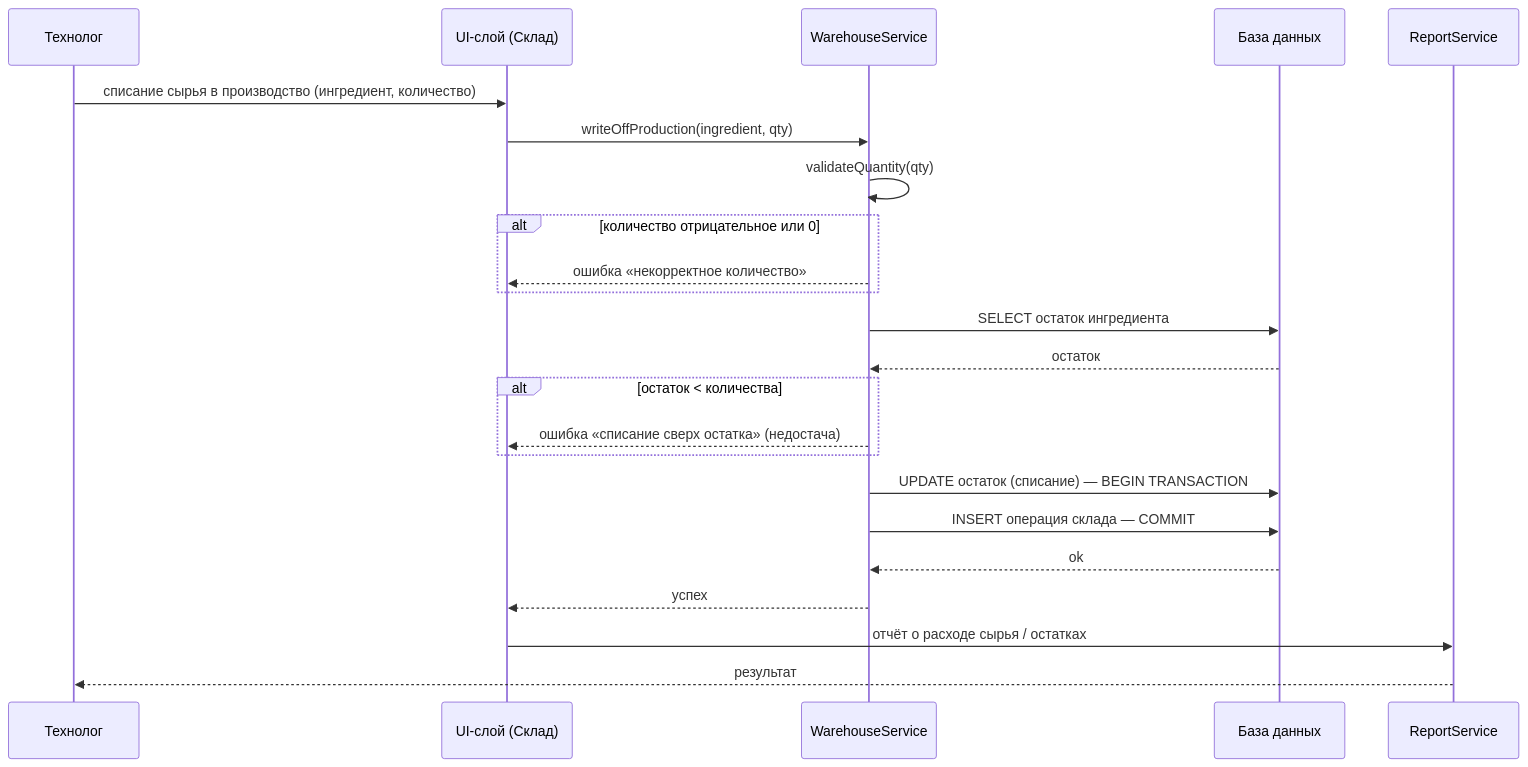
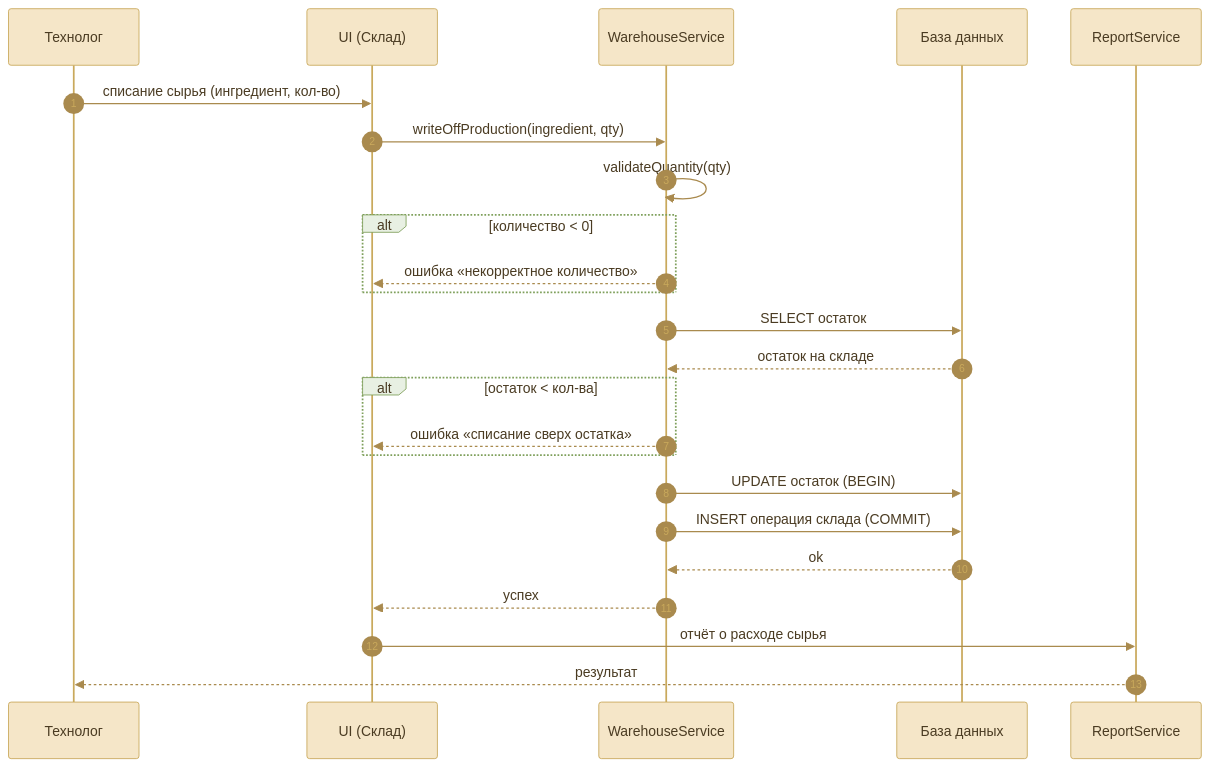
The third of 6 diagrams in uml-diagrams.md (cxwrcurvd/myprojectwork), drawn with Mermaid before and after one commit. The commit also changed other lines of this file, not shown here.

Commit message:
UML-диаграммы: переоформление в единой теме «Пекарня»

````diff
--- a/uml-diagrams.md
+++ b/uml-diagrams.md
@@ -190,26 +138,28 @@
 ```mermaid
+%%{init: {"theme":"base","themeVariables":{"actorBkg":"#F5E6C8","actorBorder":"#C9A95C","actorTextColor":"#4A3B22","signalColor":"#A98A4E","signalTextColor":"#4A3B22","labelBoxBkgColor":"#E8F0E3","labelBoxBorderColor":"#7FA05C","labelTextColor":"#4A3B22","sequenceNumberColor":"#C9A95C"}}}%%
 sequenceDiagram
-    participant Tech as Технолог
-    participant UI as UI-слой (Склад)
-    participant WS as WarehouseService
+    autonumber
+    participant T as Технолог
+    participant UI as UI (Склад)
+    participant W as WarehouseService
     participant DB as База данных
-    participant Rep as ReportService
+    participant R as ReportService
 
-    Tech->>UI: списание сырья в производство (ингредиент, количество)
-    UI->>WS: writeOffProduction(ingredient, qty)
-    WS->>WS: validateQuantity(qty)
-    alt количество отрицательное или 0
-        WS-->>UI: ошибка «некорректное количество»
+    T->>UI: списание сырья (ингредиент, кол-во)
+    UI->>W: writeOffProduction(ingredient, qty)
+    W->>W: validateQuantity(qty)
+    alt количество < 0
+        W-->>UI: ошибка «некорректное количество»
     end
-    WS->>DB: SELECT остаток ингредиента
-    DB-->>WS: остаток
-    alt остаток < количества
-        WS-->>UI: ошибка «списание сверх остатка» (недостача)
+    W->>DB: SELECT остаток
+    DB-->>W: остаток на складе
+    alt остаток < кол-ва
+        W-->>UI: ошибка «списание сверх остатка»
     end
-    WS->>DB: UPDATE остаток (списание) — BEGIN TRANSACTION
-    WS->>DB: INSERT операция склада — COMMIT
-    DB-->>WS: ok
-    WS-->>UI: успех
-    UI->>Rep: отчёт о расходе сырья / остатках
-    Rep-->>Tech: результат
+    W->>DB: UPDATE остаток (BEGIN)
+    W->>DB: INSERT операция склада (COMMIT)
+    DB-->>W: ok
+    W-->>UI: успех
+    UI->>R: отчёт о расходе сырья
+    R-->>T: результат
 ```
````
